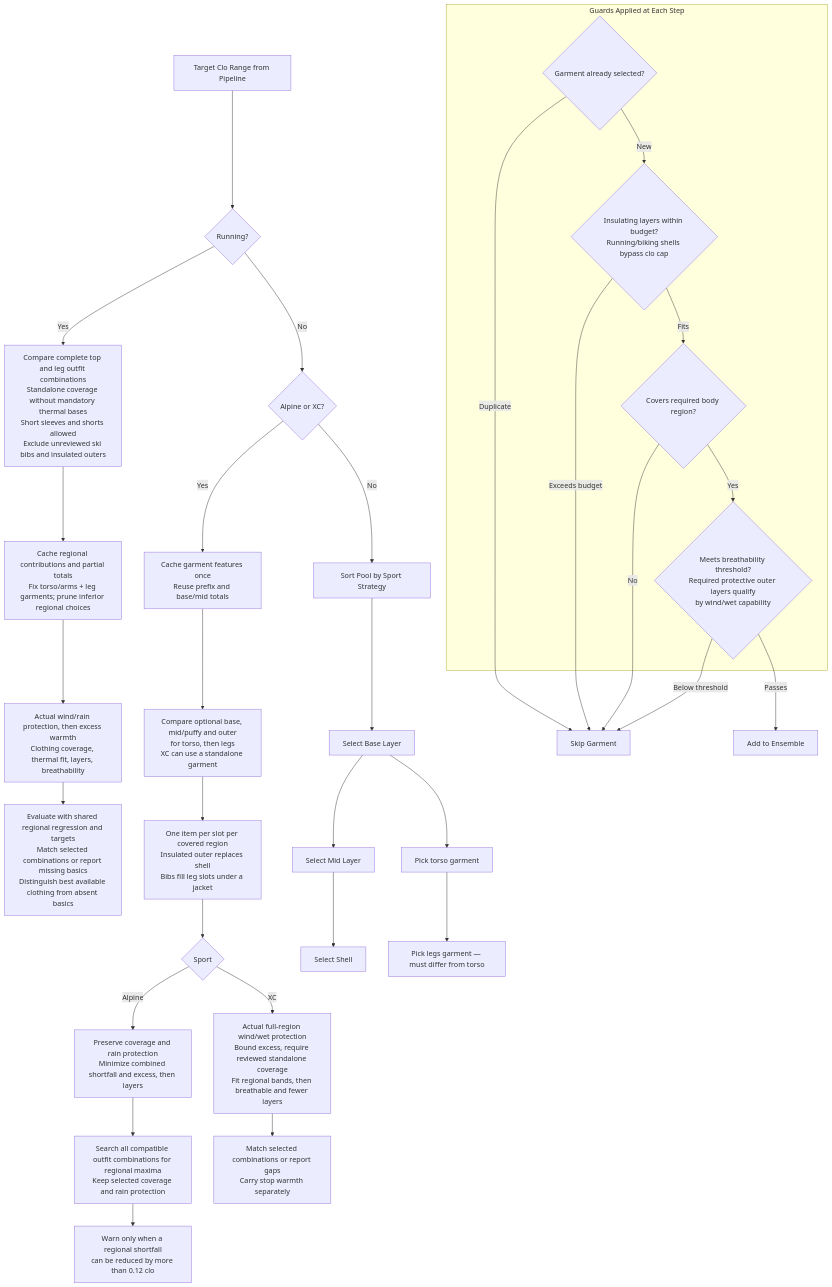
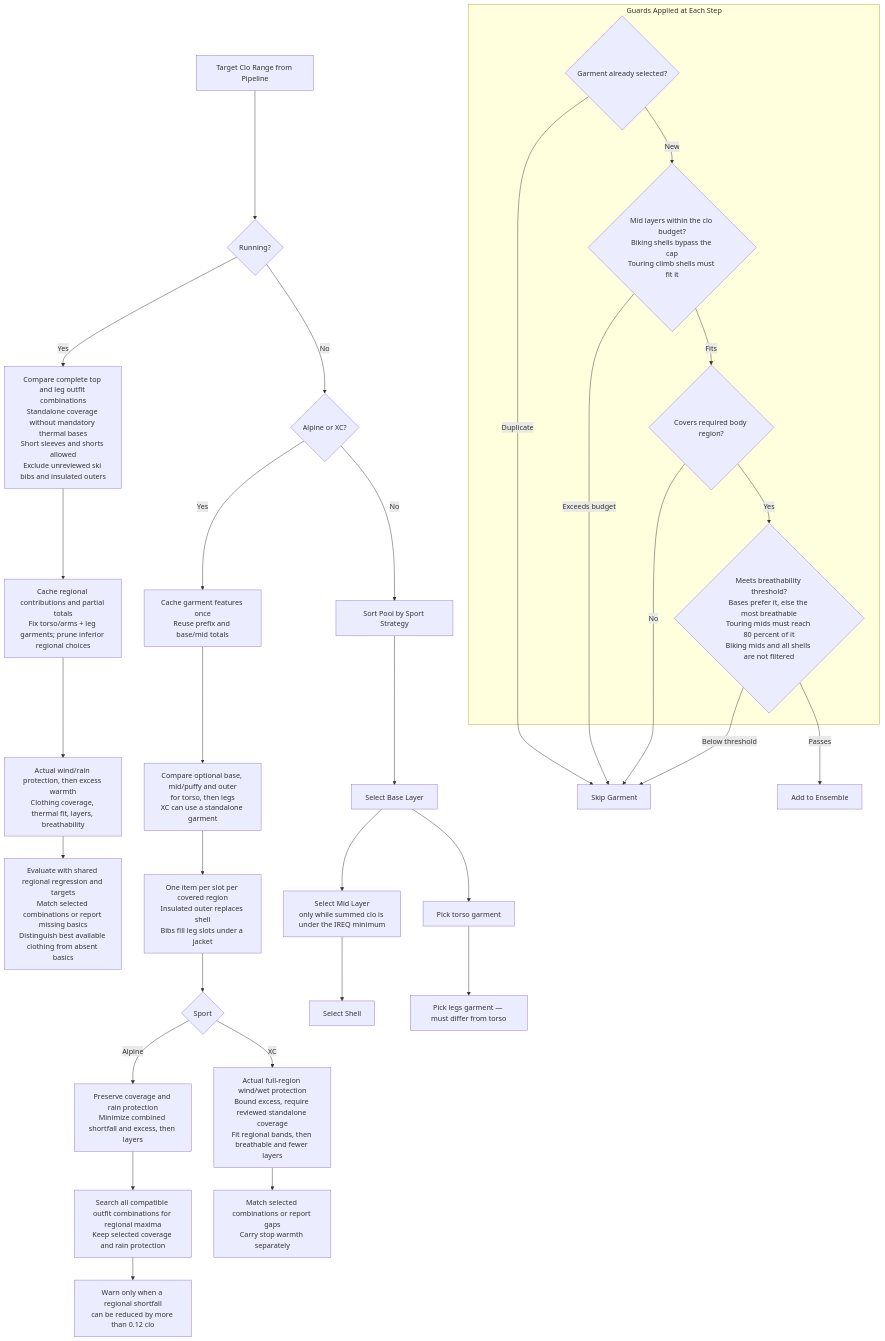
One commit to derobertsw/swttr changed the third of 7 diagrams in README.md. Above: the diagram before and after it, drawn with Mermaid. The commit also changed other lines of this file and 5 other files, not shown here.

````diff
--- a/README.md
+++ b/README.md
@@ -141,41 +143,41 @@
 ```mermaid
 graph TD
     START[Target Clo Range from Pipeline] --> RUNNING{Running?}
     RUNNING -->|Yes| RUNOPT[Compare complete top and leg outfit combinations<br/>Standalone coverage without mandatory thermal bases<br/>Short sleeves and shorts allowed<br/>Exclude unreviewed ski bibs and insulated outers]
     RUNOPT --> RCACHE[Cache regional contributions and partial totals<br/>Fix torso/arms + leg garments; prune inferior regional choices]
     RCACHE --> RUNRANK[Actual wind/rain protection, then excess warmth<br/>Clothing coverage, thermal fit, layers, breathability]
     RUNRANK --> RUNREQ[Evaluate with shared regional regression and targets<br/>Match selected combinations or report missing basics<br/>Distinguish best available clothing from absent basics]
     RUNNING -->|No| SPORT{Alpine or XC?}
     SPORT -->|Yes| CACHE[Cache garment features once<br/>Reuse prefix and base/mid totals]
     CACHE --> COMB[Compare optional base, mid/puffy and outer<br/>for torso, then legs<br/>XC can use a standalone garment]
     COMB --> CAP[One item per slot per covered region<br/>Insulated outer replaces shell<br/>Bibs fill leg slots under a jacket]
     CAP --> RANK{Sport}
     RANK -->|Alpine| REG[Preserve coverage and rain protection<br/>Minimize combined shortfall and excess, then layers]
     REG --> WARM[Search all compatible outfit combinations for regional maxima<br/>Keep selected coverage and rain protection]
     WARM --> WARN[Warn only when a regional shortfall<br/>can be reduced by more than 0.12 clo]
     RANK -->|XC| XREG[Actual full-region wind/wet protection<br/>Bound excess, require reviewed standalone coverage<br/>Fit regional bands, then breathable and fewer layers]
     XREG --> XREQ[Match selected combinations or report gaps<br/>Carry stop warmth separately]
     SPORT -->|No| SORT[Sort Pool by Sport Strategy]
     SORT --> BASE[Select Base Layer]
-    BASE --> MID[Select Mid Layer]
+    BASE --> MID[Select Mid Layer<br/>only while summed clo is under the IREQ minimum]
     MID --> SHELL[Select Shell]
 
     BASE --> T1[Pick torso garment]
     T1 --> L1[Pick legs garment — must differ from torso]
 
     subgraph "Guards Applied at Each Step"
         G1{Garment already selected?}
-        G2{Insulating layers within budget?<br/>Running/biking shells bypass clo cap}
+        G2{Mid layers within the clo budget?<br/>Biking shells bypass the cap<br/>Touring climb shells must fit it}
         G3{Covers required body region?}
-        G4{Meets breathability threshold?<br/>Required protective outer layers qualify<br/>by wind/wet capability}
+        G4{Meets breathability threshold?<br/>Bases prefer it, else the most breathable<br/>Touring mids must reach 80 percent of it<br/>Biking mids and all shells are not filtered}
     end
 
     G1 -->|Duplicate| SKIP[Skip Garment]
     G1 -->|New| G2
     G2 -->|Exceeds budget| SKIP
     G2 -->|Fits| G3
     G3 -->|No| SKIP
     G3 -->|Yes| G4
     G4 -->|Below threshold| SKIP
     G4 -->|Passes| ADD[Add to Ensemble]
 ```
````
